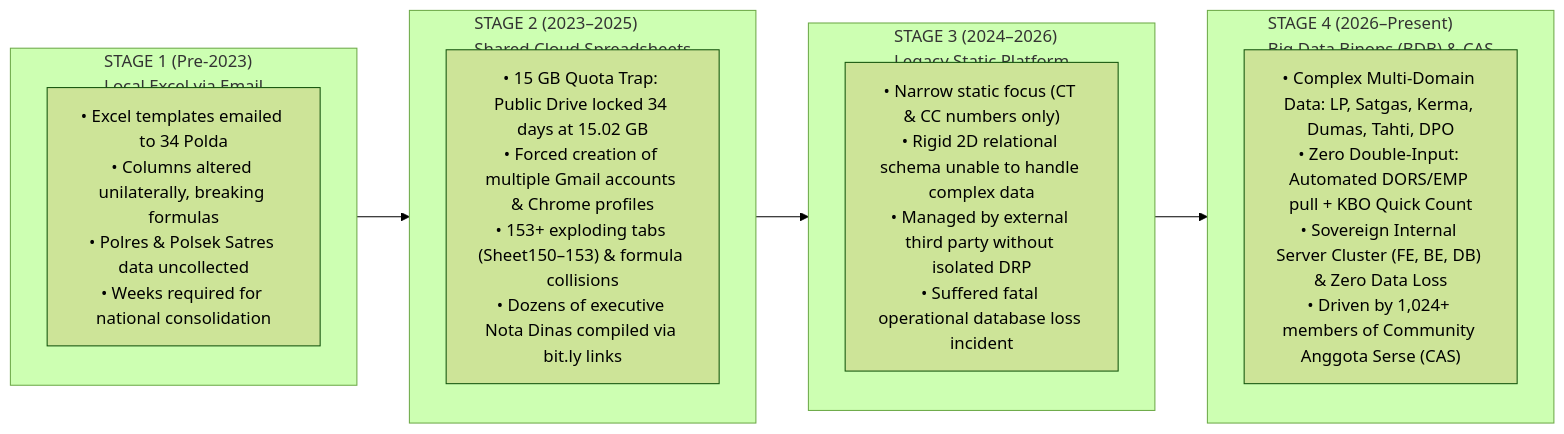
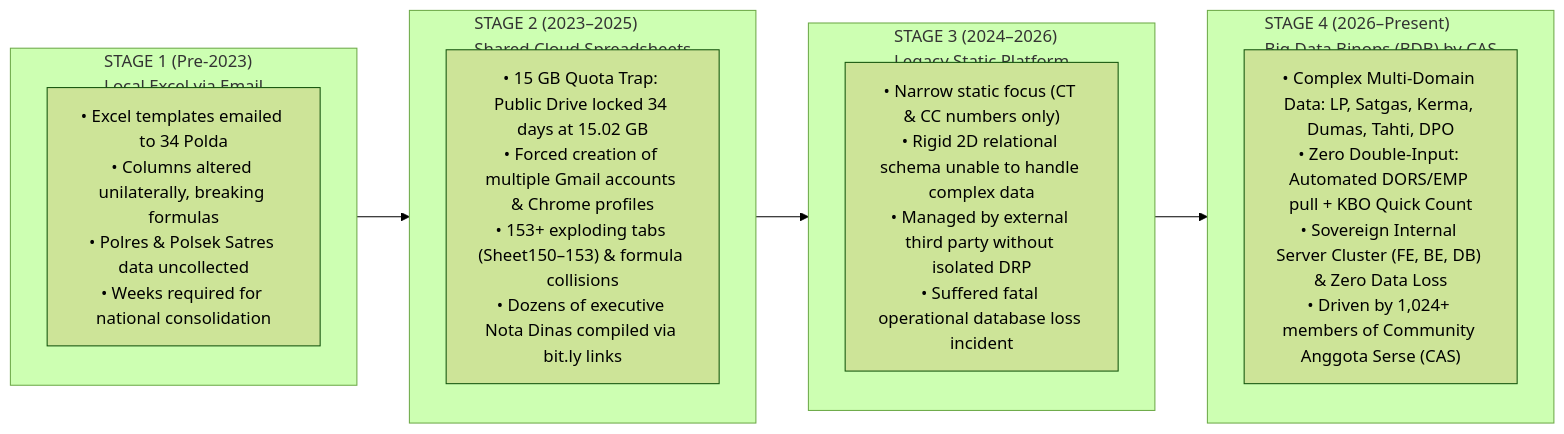
The first of 2 diagrams in README.md (omeko42/big-data-binops), drawn with Mermaid (forest theme) before and after one commit. The commit also changed 7 other files, not shown here.

Commit message:
chore(rebrand): standardize platform branding to Big Data Binops (BDB) by Community Anggota Serse (CAS)

````diff
--- a/README.md
+++ b/README.md
@@ -25,20 +25,20 @@
 ```mermaid
 flowchart LR
     subgraph T1["STAGE 1 (Pre-2023)\nLocal Excel via Email"]
         T1D["• Excel templates emailed to 34 Polda\n• Columns altered unilaterally, breaking formulas\n• Polres & Polsek Satres data uncollected\n• Weeks required for national consolidation"]
     end
 
     subgraph T2["STAGE 2 (2023–2025)\nShared Cloud Spreadsheets"]
         T2D["• 15 GB Quota Trap: Public Drive locked 34 days at 15.02 GB\n• Forced creation of multiple Gmail accounts & Chrome profiles\n• 153+ exploding tabs (Sheet150–153) & formula collisions\n• Dozens of executive Nota Dinas compiled via bit.ly links"]
     end
 
     subgraph T3["STAGE 3 (2024–2026)\nLegacy Static Platform"]
         T3D["• Narrow static focus (CT & CC numbers only)\n• Rigid 2D relational schema unable to handle complex data\n• Managed by external third party without isolated DRP\n• Suffered fatal operational database loss incident"]
     end
 
-    subgraph T4["STAGE 4 (2026–Present)\nBig Data Binops (BDB) & CAS"]
+    subgraph T4["STAGE 4 (2026–Present)\nBig Data Binops (BDB) by CAS"]
         T4D["• Complex Multi-Domain Data: LP, Satgas, Kerma, Dumas, Tahti, DPO\n• Zero Double-Input: Automated DORS/EMP pull + KBO Quick Count\n• Sovereign Internal Server Cluster (FE, BE, DB) & Zero Data Loss\n• Driven by 1,024+ members of Community Anggota Serse (CAS)"]
     end
 
     T1 --> T2 --> T3 --> T4
 ```
````
